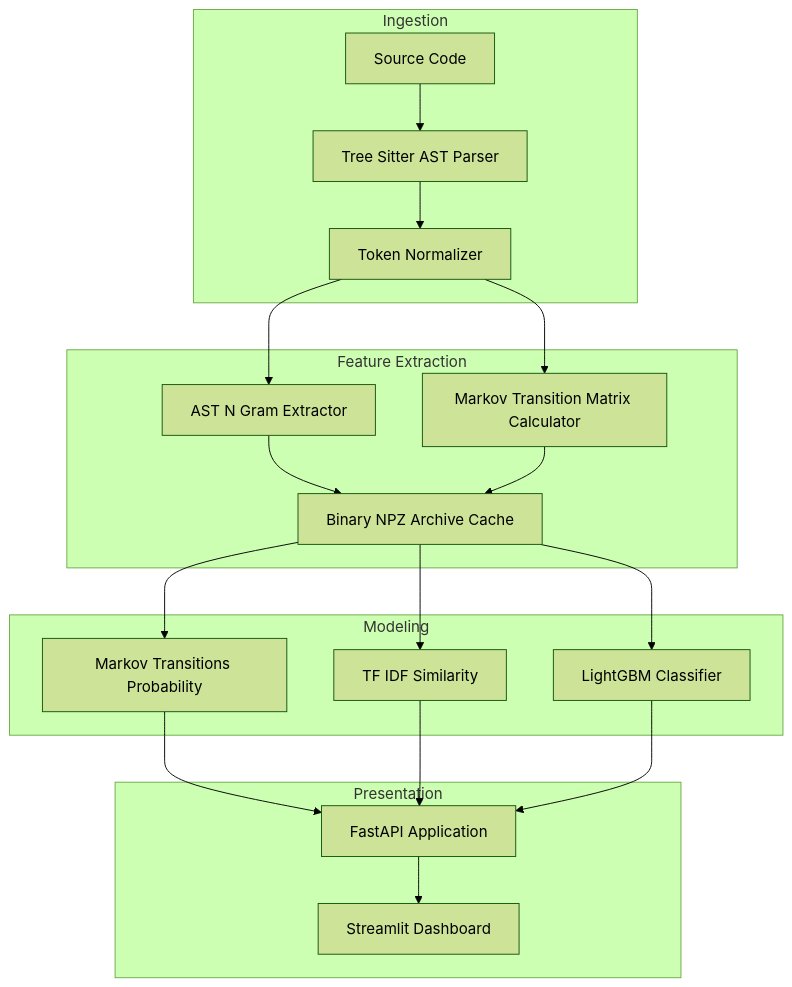
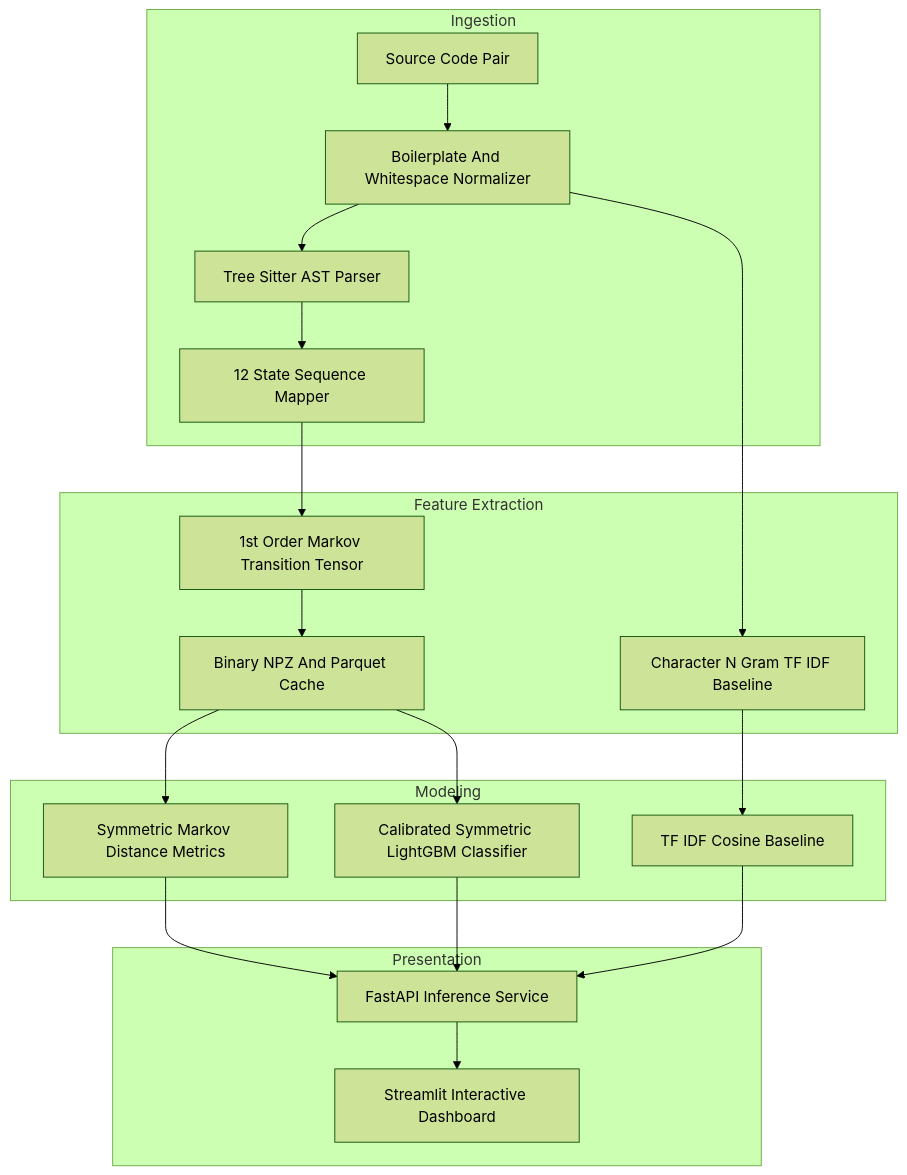
Before and after one commit to dokyuhan/TC3002B_reto: the diagram in docs/architecture.mmd, drawn with Mermaid (forest theme). The commit also changed 9 other files, not shown here.

Commit message:
docs: add evaluation benchmarks, figures, plot CLI, and updated architecture

```diff
--- a/docs/architecture.mmd
+++ b/docs/architecture.mmd
@@ -1,25 +1,25 @@
 flowchart TD
     subgraph Ingestion
-        A1["Source Code"] --> B1["Tree Sitter AST Parser"]
-        B1 --> C1["Token Normalizer"]
+        A1["Source Code Pair"] --> B1["Boilerplate And Whitespace Normalizer"]
+        B1 --> C1["Tree Sitter AST Parser"]
+        C1 --> D1["12 State Sequence Mapper"]
     end
 
     subgraph FeaturePipeline["Feature Extraction"]
-        C1 --> D1["AST N Gram Extractor"]
-        C1 --> D2["Markov Transition Matrix Calculator"]
-        D1 --> E1["Binary NPZ Archive Cache"]
-        D2 --> E1
+        D1 --> E1["1st Order Markov Transition Tensor"]
+        B1 --> E2["Character N Gram TF IDF Baseline"]
+        E1 --> F1["Binary NPZ And Parquet Cache"]
     end
 
     subgraph ModelingEngine["Modeling"]
-        E1 --> F1["Markov Transitions Probability"]
-        E1 --> F2["TF IDF Similarity"]
-        E1 --> F3["LightGBM Classifier"]
+        F1 --> G1["Symmetric Markov Distance Metrics"]
+        F1 --> G2["Calibrated Symmetric LightGBM Classifier"]
+        E2 --> G3["TF IDF Cosine Baseline"]
     end
 
     subgraph ServiceLayer["Presentation"]
-        F1 --> G1["FastAPI Application"]
-        F2 --> G1
-        F3 --> G1
-        G1 --> H1["Streamlit Dashboard"]
+        G1 --> H1["FastAPI Inference Service"]
+        G2 --> H1
+        G3 --> H1
+        H1 --> I1["Streamlit Interactive Dashboard"]
     end
```
